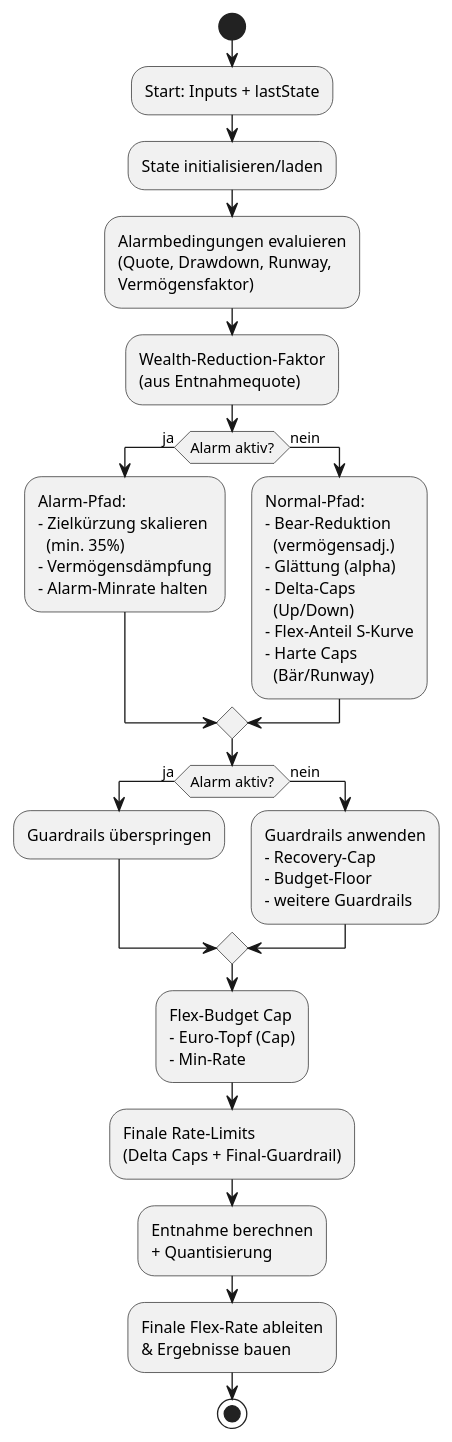
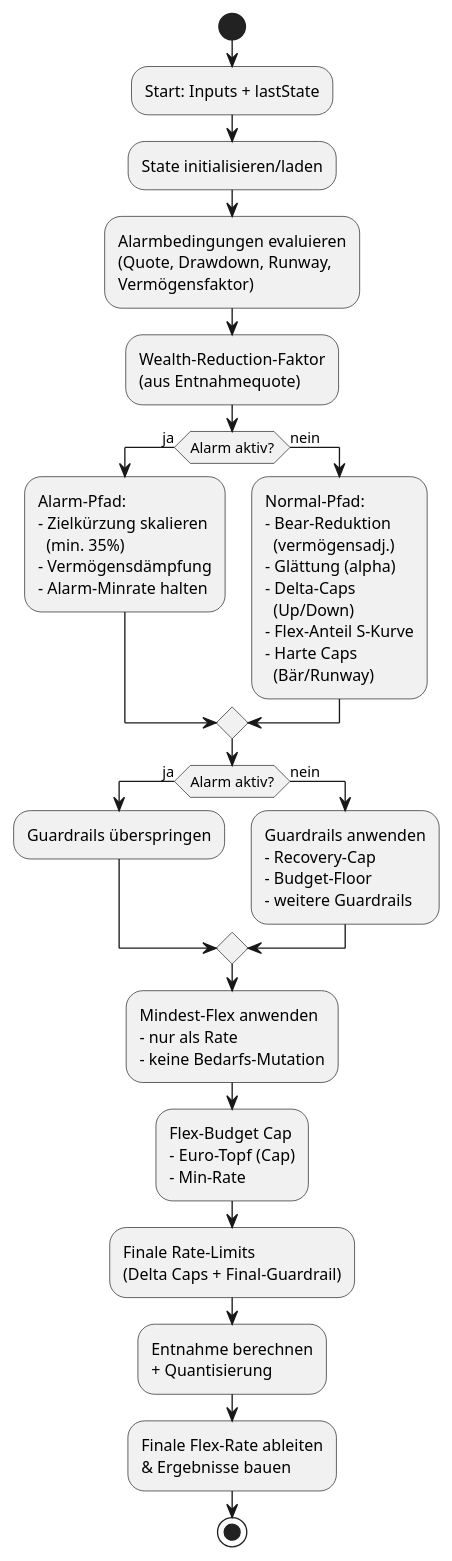
One commit to dieteresser62-lab/Ruhestand-App-Final changed the diagram in docs/reference/TECHNICAL.md. Above: the diagram before and after it, drawn with PlantUML. The commit also changed other lines of this file and 42 other files, not shown here.

Commit message:
feat: implement Mindest-Flex p.a. in UI, Engine, and tests (Slices 1-5)

````diff
--- a/docs/reference/TECHNICAL.md
+++ b/docs/reference/TECHNICAL.md
@@ -84,24 +84,25 @@
 ```plantuml
 @startuml
 start
 :Start: Inputs + lastState;
 :State initialisieren/laden;
 :Alarmbedingungen evaluieren\n(Quote, Drawdown, Runway,\nVermögensfaktor);
 :Wealth-Reduction-Faktor\n(aus Entnahmequote);
 if (Alarm aktiv?) then (ja)
   :Alarm-Pfad:\n- Zielkürzung skalieren\n  (min. 35%)\n- Vermögensdämpfung\n- Alarm-Minrate halten;
 else (nein)
   :Normal-Pfad:\n- Bear-Reduktion\n  (vermögensadj.)\n- Glättung (alpha)\n- Delta-Caps\n  (Up/Down)\n- Flex-Anteil S‑Kurve\n- Harte Caps\n  (Bär/Runway);
 endif
 if (Alarm aktiv?) then (ja)
   :Guardrails überspringen;
 else (nein)
   :Guardrails anwenden\n- Recovery-Cap\n- Budget-Floor\n- weitere Guardrails;
 endif
+:Mindest-Flex anwenden\n- nur als Rate\n- keine Bedarfs-Mutation;
 :Flex-Budget Cap\n- Euro-Topf (Cap)\n- Min-Rate;
 :Finale Rate-Limits\n(Delta Caps + Final-Guardrail);
 :Entnahme berechnen\n+ Quantisierung;
 :Finale Flex-Rate ableiten\n& Ergebnisse bauen;
 stop
 @enduml
 ```
````
